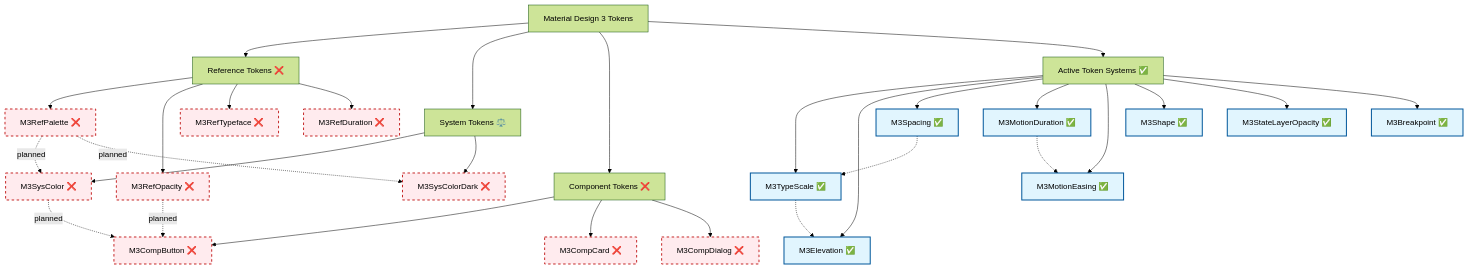
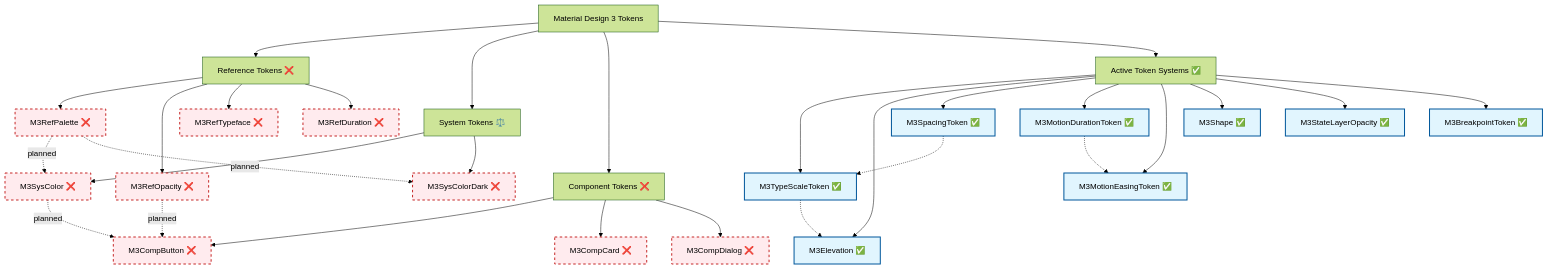
Before and after one commit to fluttely/material_design: the first of 5 diagrams in documentation/material_design/en_US/maps/Token Map.md, drawn with Mermaid (forest theme). The commit also changed other lines of this file and 51 other files, not shown here.

````diff
--- a/documentation/material_design/en_US/maps/Token Map.md
+++ b/documentation/material_design/en_US/maps/Token Map.md
@@ -27,45 +29,45 @@
 ```mermaid
 graph TD
     A[Material Design 3 Tokens] --> B[Reference Tokens ❌]
     A --> C[System Tokens ⚖️]
     A --> D[Component Tokens ❌]
     A --> E[Active Token Systems ✅]
-    
+
     B --> B1[M3RefPalette ❌]
     B --> B2[M3RefOpacity ❌]
     B --> B3[M3RefTypeface ❌]
     B --> B4[M3RefDuration ❌]
-    
+
     C --> C1[M3SysColor ❌]
     C --> C2[M3SysColorDark ❌]
-    
+
     D --> D1[M3CompButton ❌]
     D --> D2[M3CompCard ❌]
     D --> D3[M3CompDialog ❌]
-    
-    E --> E1[M3TypeScale ✅]
+
+    E --> E1[M3TypeScaleToken ✅]
     E --> E2[M3Elevation ✅]
-    E --> E3[M3Spacing ✅]
-    E --> E4[M3MotionDuration ✅]
-    E --> E5[M3MotionEasing ✅]
+    E --> E3[M3SpacingToken ✅]
+    E --> E4[M3MotionDurationToken ✅]
+    E --> E5[M3MotionEasingToken ✅]
     E --> E6[M3Shape ✅]
     E --> E7[M3StateLayerOpacity ✅]
-    E --> E8[M3Breakpoint ✅]
-    
+    E --> E8[M3BreakpointToken ✅]
+
     %% Active dependencies (green)
     E1 -.-> E2
     E3 -.-> E1
     E4 -.-> E5
-    
+
     %% Planned dependencies (red dashed)
     B1 -.->|planned| C1
     B1 -.->|planned| C2
     B2 -.->|planned| D1
     C1 -.->|planned| D1
-    
+
     classDef activeToken fill:#e1f5fe,stroke:#01579b,stroke-width:2px
     classDef inactiveToken fill:#ffebee,stroke:#c62828,stroke-width:2px,stroke-dasharray: 5 5
-    
+
     class E1,E2,E3,E4,E5,E6,E7,E8 activeToken
     class B1,B2,B3,B4,C1,C2,D1,D2,D3 inactiveToken
 ```
````
